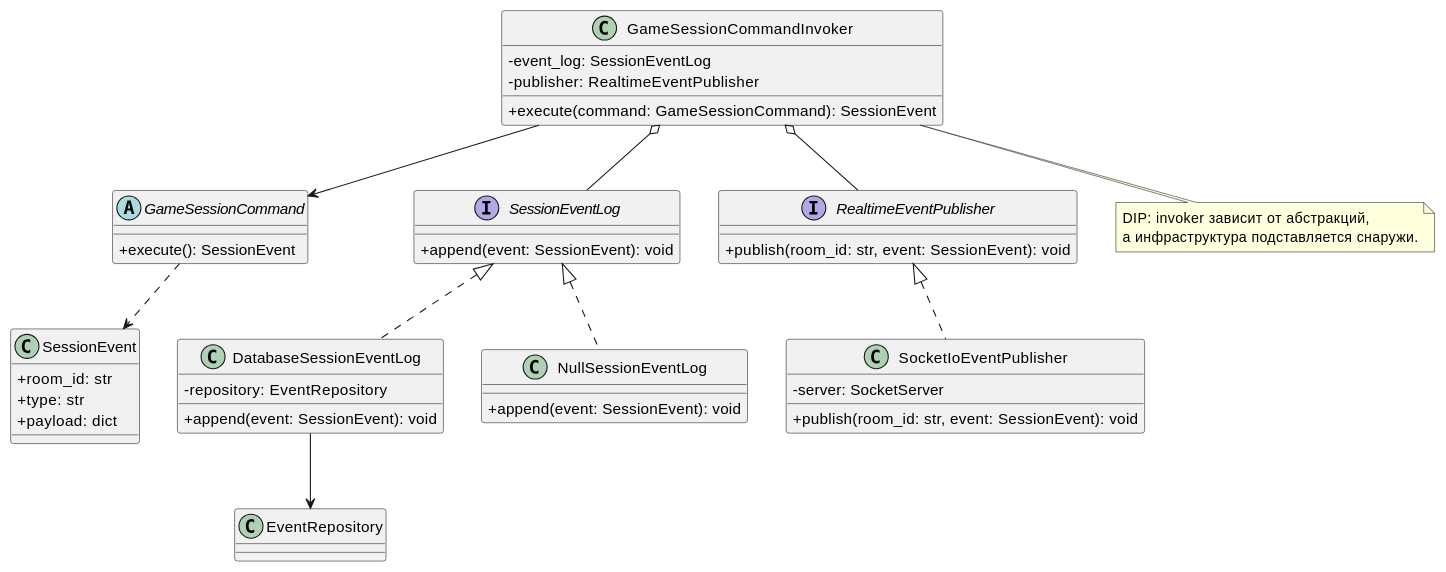
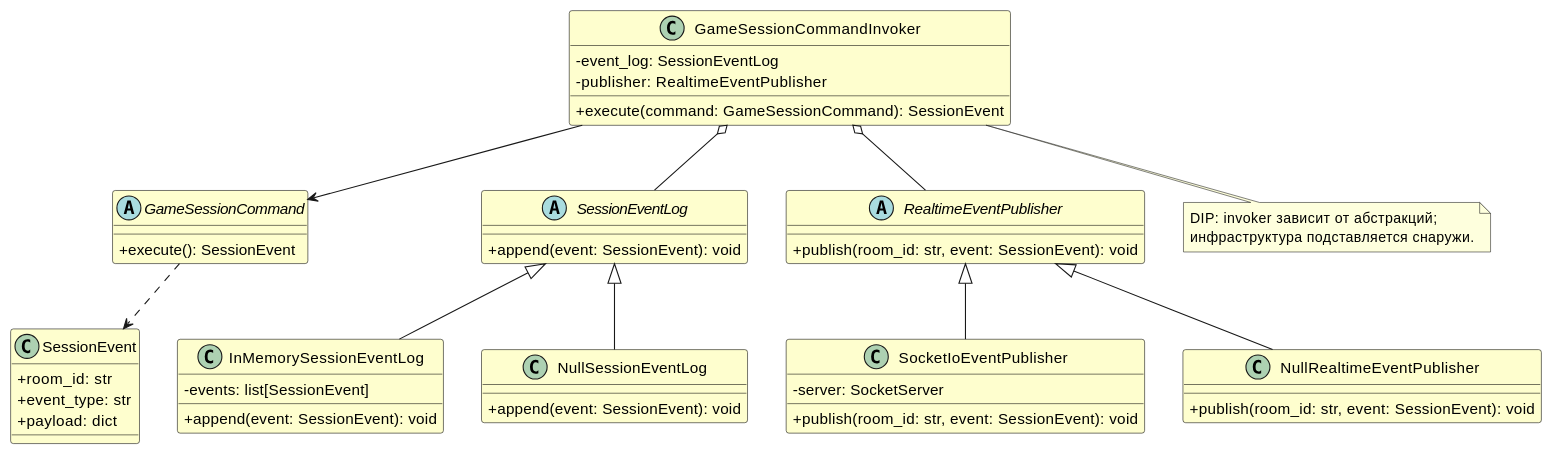
Before and after one commit to wingelshteyn/DesignSoftwareCourse: the diagram in diagram_prompts/10_solid_dip.md, drawn with PlantUML. The commit also changed other lines of this file and 19 other files, not shown here.

First line of the commit message:
Обновить diagram_prompts под эталон ПР8 для ASTROLL.

````diff
--- a/diagram_prompts/10_solid_dip.md
+++ b/diagram_prompts/10_solid_dip.md
@@ -7,57 +34,67 @@
 ```plantuml
 @startuml
 skinparam classAttributeIconSize 0
+skinparam class {
+  BackgroundColor #FEFECE
+  BorderColor black
+}
 
 class GameSessionCommandInvoker {
   -event_log: SessionEventLog
   -publisher: RealtimeEventPublisher
   +execute(command: GameSessionCommand): SessionEvent
 }
 
 abstract class GameSessionCommand {
   +execute(): SessionEvent
 }
 
-interface SessionEventLog {
+abstract class SessionEventLog {
   +append(event: SessionEvent): void
 }
 
-class DatabaseSessionEventLog {
-  -repository: EventRepository
+class InMemorySessionEventLog {
+  -events: list[SessionEvent]
   +append(event: SessionEvent): void
 }
 
 class NullSessionEventLog {
   +append(event: SessionEvent): void
 }
 
-interface RealtimeEventPublisher {
+abstract class RealtimeEventPublisher {
   +publish(room_id: str, event: SessionEvent): void
 }
 
 class SocketIoEventPublisher {
   -server: SocketServer
   +publish(room_id: str, event: SessionEvent): void
 }
 
+class NullRealtimeEventPublisher {
+  +publish(room_id: str, event: SessionEvent): void
+}
+
 class SessionEvent {
   +room_id: str
-  +type: str
+  +event_type: str
   +payload: dict
 }
 
 GameSessionCommandInvoker --> GameSessionCommand
 GameSessionCommandInvoker o-- SessionEventLog
 GameSessionCommandInvoker o-- RealtimeEventPublisher
-SessionEventLog <|.. DatabaseSessionEventLog
-SessionEventLog <|.. NullSessionEventLog
-RealtimeEventPublisher <|.. SocketIoEventPublisher
+
+SessionEventLog <|-- InMemorySessionEventLog
+SessionEventLog <|-- NullSessionEventLog
+RealtimeEventPublisher <|-- SocketIoEventPublisher
+RealtimeEventPublisher <|-- NullRealtimeEventPublisher
+
 GameSessionCommand ..> SessionEvent
-DatabaseSessionEventLog --> EventRepository
 
 note bottom of GameSessionCommandInvoker
-DIP: invoker зависит от абстракций,
-а инфраструктура подставляется снаружи.
+DIP: invoker зависит от абстракций;
+инфраструктура подставляется снаружи.
 end note
 @enduml
 ```
````
